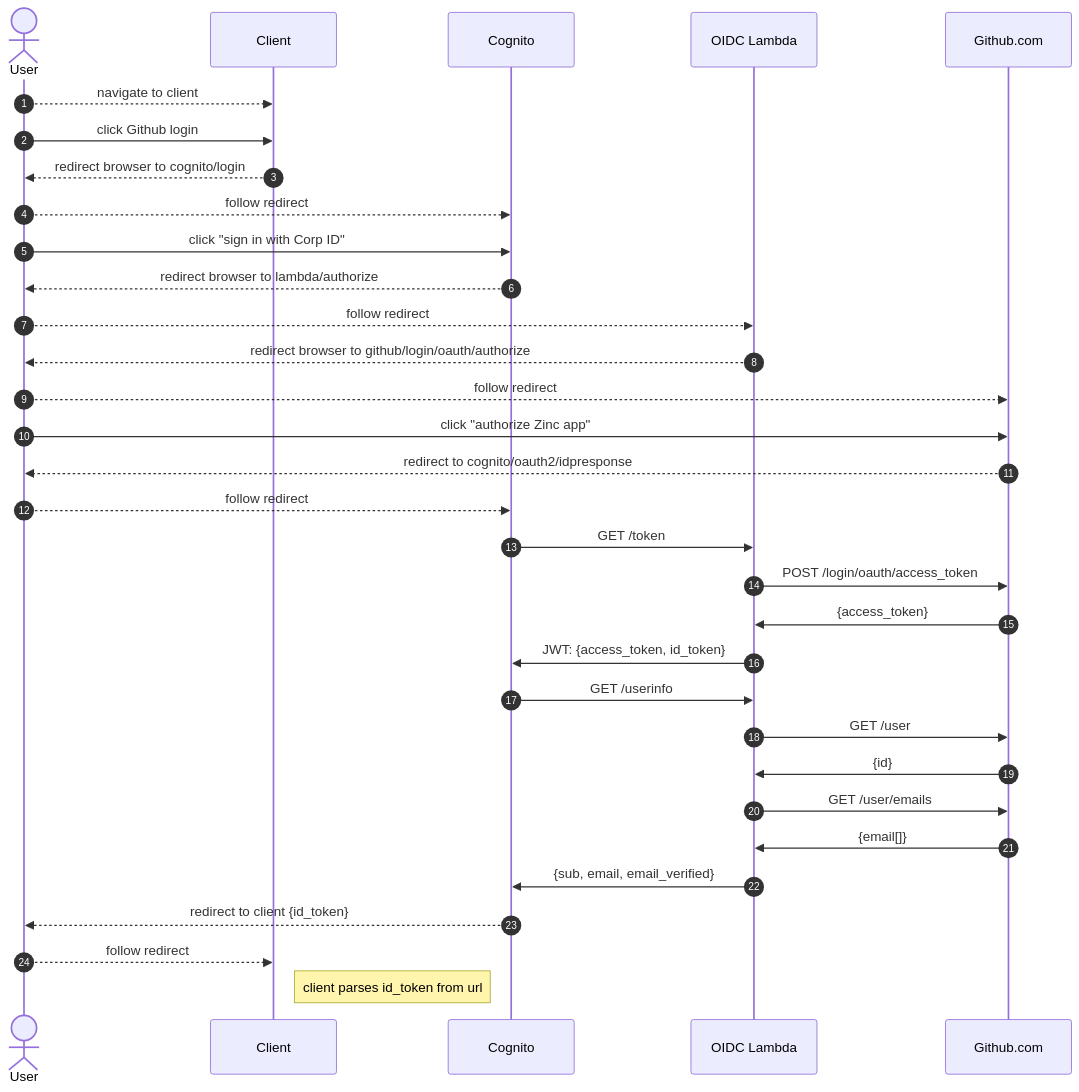
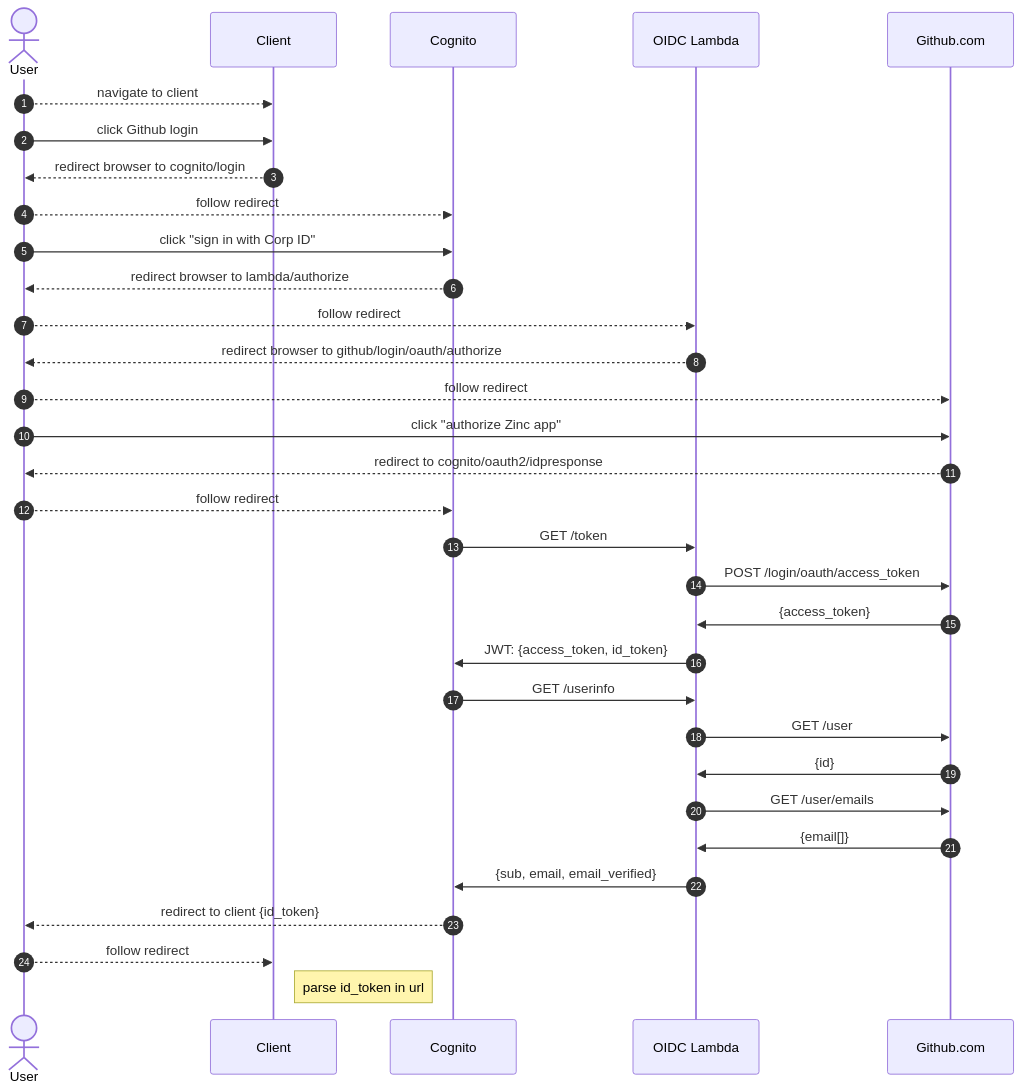
The diagram in aws-infra/lambda/doc/cognito-github.md (shorn/zinc), drawn with Mermaid before and after one commit.

````diff
--- a/aws-infra/lambda/doc/cognito-github.md
+++ b/aws-infra/lambda/doc/cognito-github.md
@@ -46,36 +46,36 @@
 ```mermaid
 sequenceDiagram
     autonumber
     actor user as User
     participant client as Client
     participant cognito as Cognito
     participant lambda as OIDC Lambda
     participant github as Github.com
     
     user-->>client: navigate to client
     user->>client: click Github login
     client-->>user: redirect browser to cognito/login
     user-->>cognito: follow redirect
     user->>cognito: click "sign in with Corp ID"
     cognito-->>user: redirect browser to lambda/authorize
     user-->>lambda: follow redirect
     lambda-->>user: redirect browser to github/login/oauth/authorize
     user-->>github: follow redirect
     user->>github: click "authorize Zinc app"
     github-->>user: redirect to cognito/oauth2/idpresponse
     user-->>cognito: follow redirect
     cognito->>lambda: GET /token
     lambda->>github: POST /login/oauth/access_token
     github->>lambda: {access_token}
     lambda->>cognito: JWT: {access_token, id_token}
     cognito->>lambda: GET /userinfo
     lambda->>github: GET /user
     github->>lambda: {id}
     lambda->>github: GET /user/emails
     github->>lambda: {email[]}
     lambda->>cognito: {sub, email, email_verified}
     cognito-->>user: redirect to client {id_token}
     user-->>client: follow redirect
-    Note right of client: client parses id_token from url
+    Note right of client: parse id_token in url
 
 ```
````
